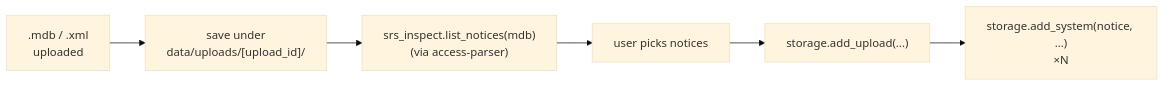
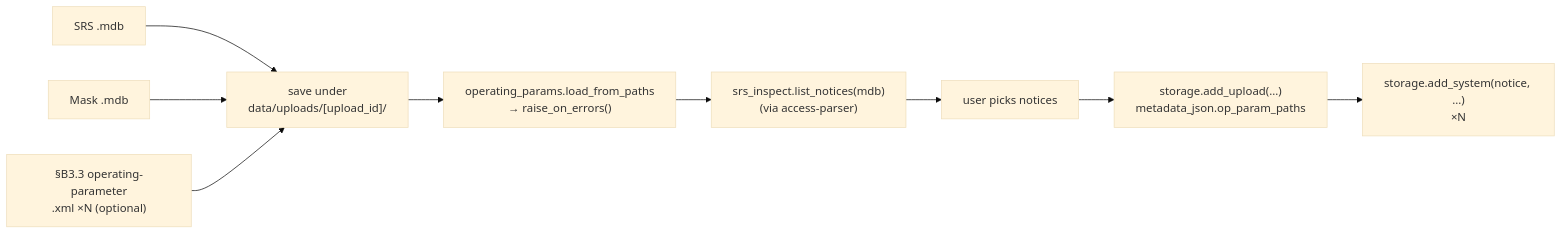
Before and after one commit to SIMULATOR-WG/SHARC-Orbit_colab_ITU: diagram 17 of 19 in ARCHITECTURE.md, drawn with Mermaid (base theme). The commit also changed other lines of this file and 12 other files, not shown here.

````diff
--- a/ARCHITECTURE.md
+++ b/ARCHITECTURE.md
@@ -1488,10 +1869,15 @@
 ```mermaid
 flowchart LR
-    F[".mdb / .xml<br>uploaded"]
+    SRS["SRS .mdb"]
+    MSK["Mask .mdb"]
+    OPX["§B3.3 operating-parameter<br>.xml ×N (optional)"]
     SAVE["save under<br>data/uploads/[upload_id]/"]
+    VAL["operating_params.load_from_paths<br>→ raise_on_errors()"]
     LIST["srs_inspect.list_notices(mdb)<br>(via access-parser)"]
     PICK[user picks notices]
-    AU["storage.add_upload(...)"]
+    AU["storage.add_upload(...)<br>metadata_json.op_param_paths"]
     AS["storage.add_system(notice, ...)<br>×N"]
-    F --> SAVE --> LIST --> PICK --> AU --> AS
+    SRS --> SAVE
+    MSK --> SAVE
+    OPX --> SAVE --> VAL --> LIST --> PICK --> AU --> AS
 ```
````
